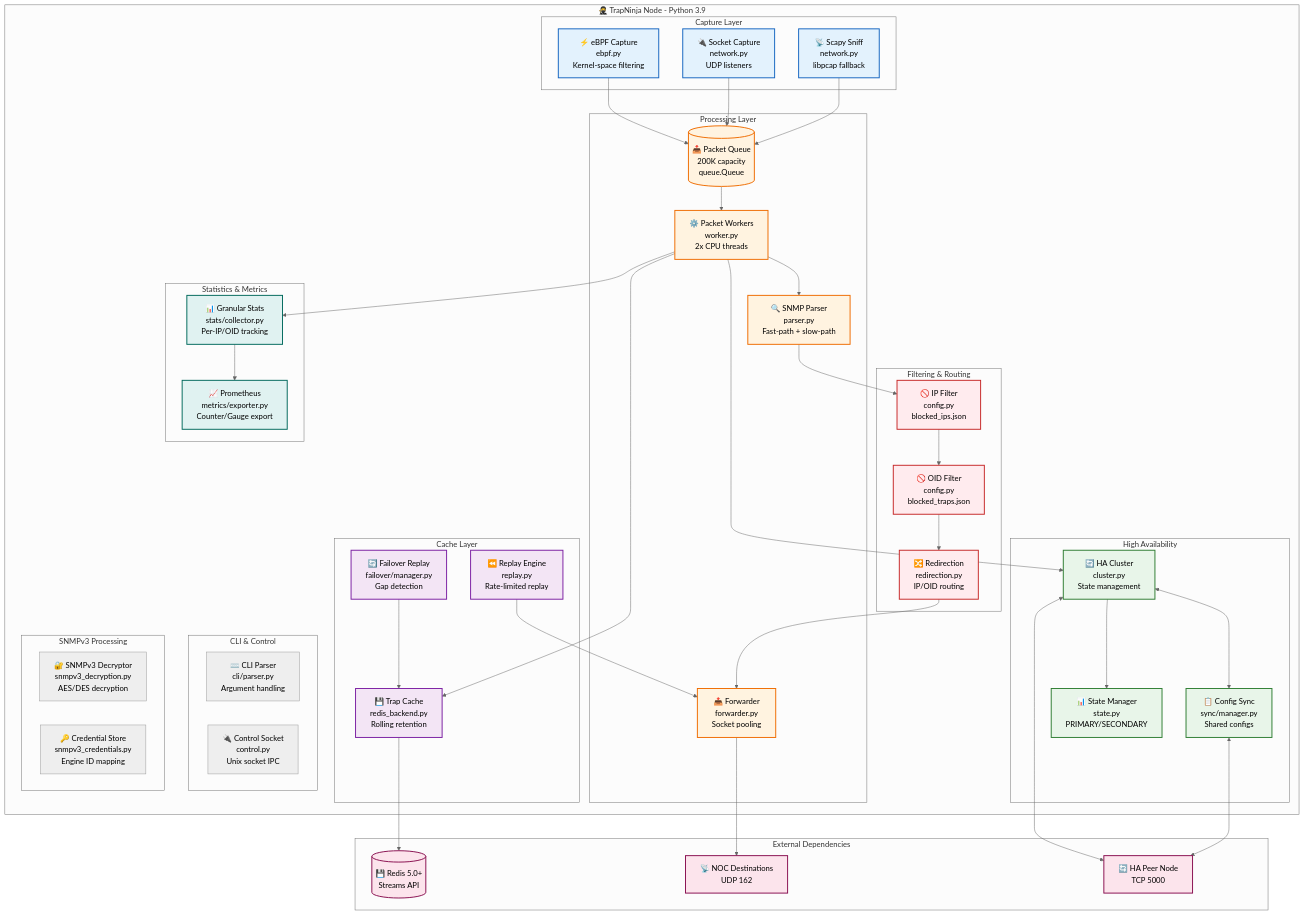
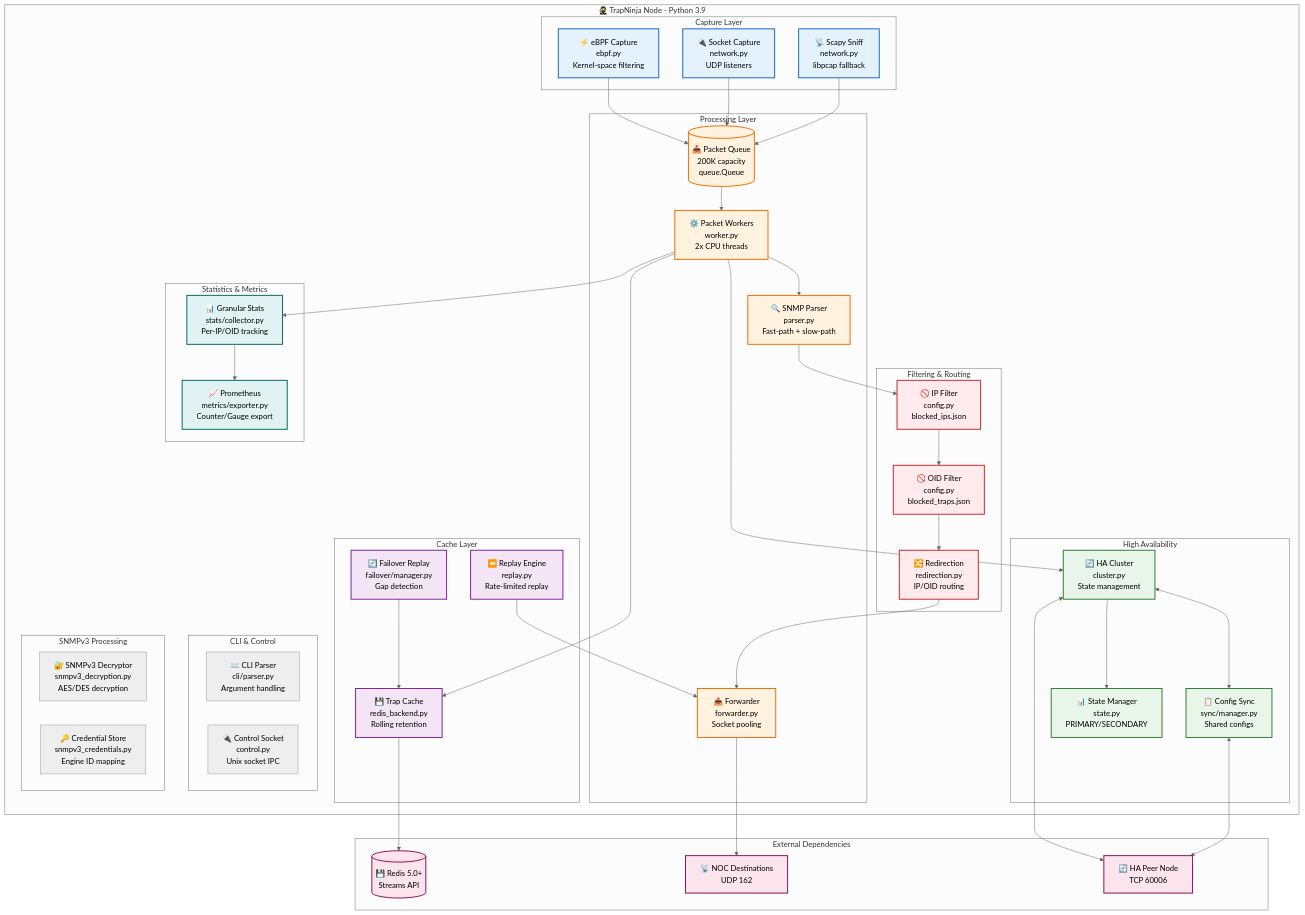
The second of 5 diagrams in docs/ARCHITECTURE.md (MAppleton-sky/trapninja), drawn with Mermaid (neutral theme) before and after one commit. The commit also changed other lines of this file and 15 other files, not shown here.

```diff
--- a/docs/ARCHITECTURE.md
+++ b/docs/ARCHITECTURE.md
@@ -196,7 +196,7 @@
     subgraph ExternalDeps ["External Dependencies"]
         Redis[("💾 Redis 5.0+<br/>Streams API")]
         Destinations["📡 NOC Destinations<br/>UDP 162"]
-        PeerNode["🔄 HA Peer Node<br/>TCP 5000"]
+        PeerNode["🔄 HA Peer Node<br/>TCP 60006"]
     end
 
     eBPF --> PacketQueue
```
